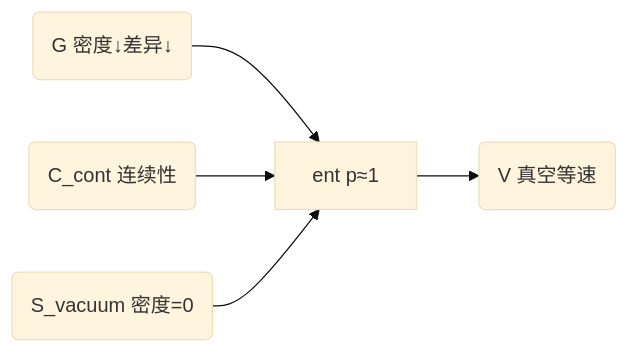
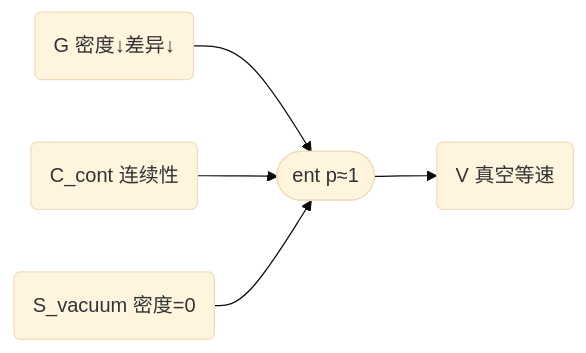
Before and after one commit to SiliconEinstein/Gaia: the eighth of 10 diagrams in docs/foundations/theory/science-formalization.md, drawn with Mermaid (base theme). The commit also changed other lines of this file, not shown here.

First line of the commit message:
docs: unify Mermaid shape conventions — stadium factors, hexagon bindings

````diff
--- a/docs/foundations/theory/science-formalization.md
+++ b/docs/foundations/theory/science-formalization.md
@@ -338,7 +338,7 @@
 ```mermaid
 graph LR
-    G("G 密度↓差异↓") --> f["ent p≈1"]
+    G("G 密度↓差异↓") --> f(["ent p≈1"])
     Ccont("C_cont 连续性") --> f
     Svac("S_vacuum 密度=0") --> f
     f --> V("V 真空等速")
 ```
````
